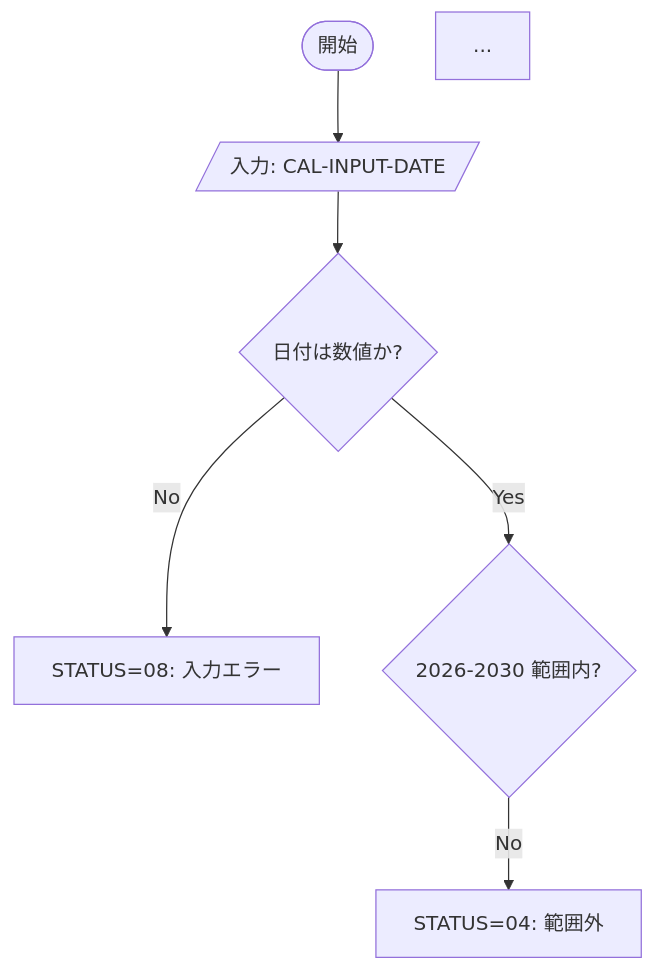
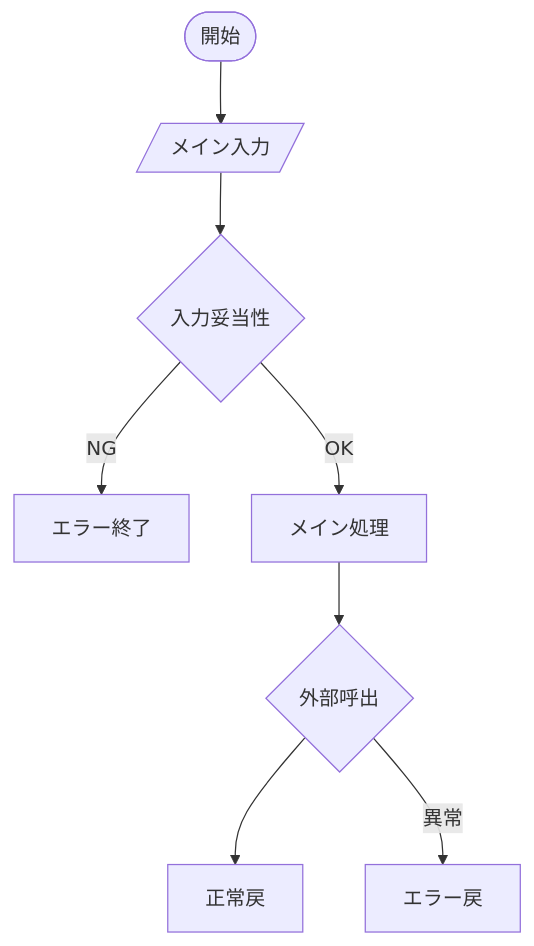
The second of 2 diagrams in subsystems/01-calendar/design/_template.md (xiaoneng1122333-collab/legacy-modernization-ws-cobol-260630), drawn with Mermaid before and after one commit. The commit also changed other lines of this file and 3 other files, not shown here.

````diff
--- a/subsystems/01-calendar/design/_template.md
+++ b/subsystems/01-calendar/design/_template.md
@@ -143,9 +51,10 @@
 ```mermaid
 flowchart TD
-    START([開始]) --> INPUT[/入力: CAL-INPUT-DATE/]
-    INPUT --> VALIDATE{日付は数値か?}
-    VALIDATE -->|No| E08[STATUS=08: 入力エラー]
-    VALIDATE -->|Yes| RANGE{2026-2030 範囲内?}
-    RANGE -->|No| E04[STATUS=04: 範囲外]
-    ...
+    START([開始]) --> INPUT[/メイン入力/]
+    INPUT --> CHECK{入力妥当性}
+    CHECK -->|NG| ERR1[エラー終了]
+    CHECK -->|OK| PROCESS[メイン処理]
+    PROCESS --> CALL{外部呼出}
+    CALL--> SUCCESS[正常戻]
+    CALL -->|異常| ERR2[エラー戻]
 ```
````
